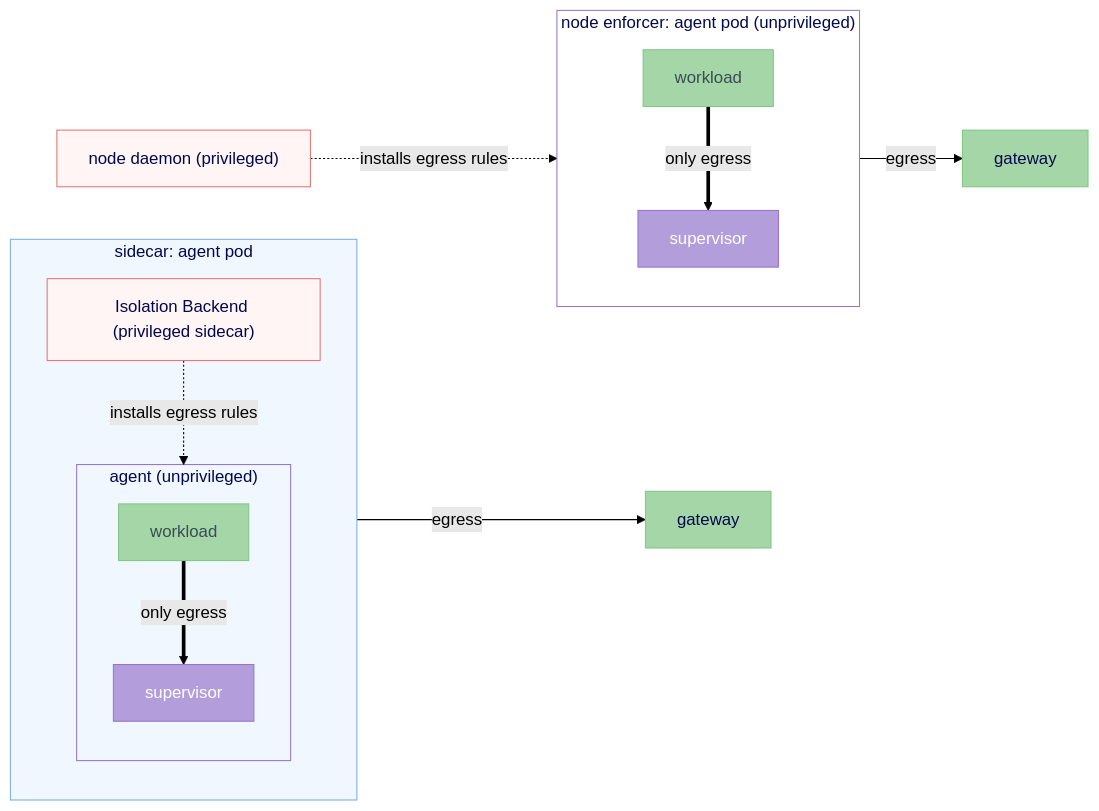
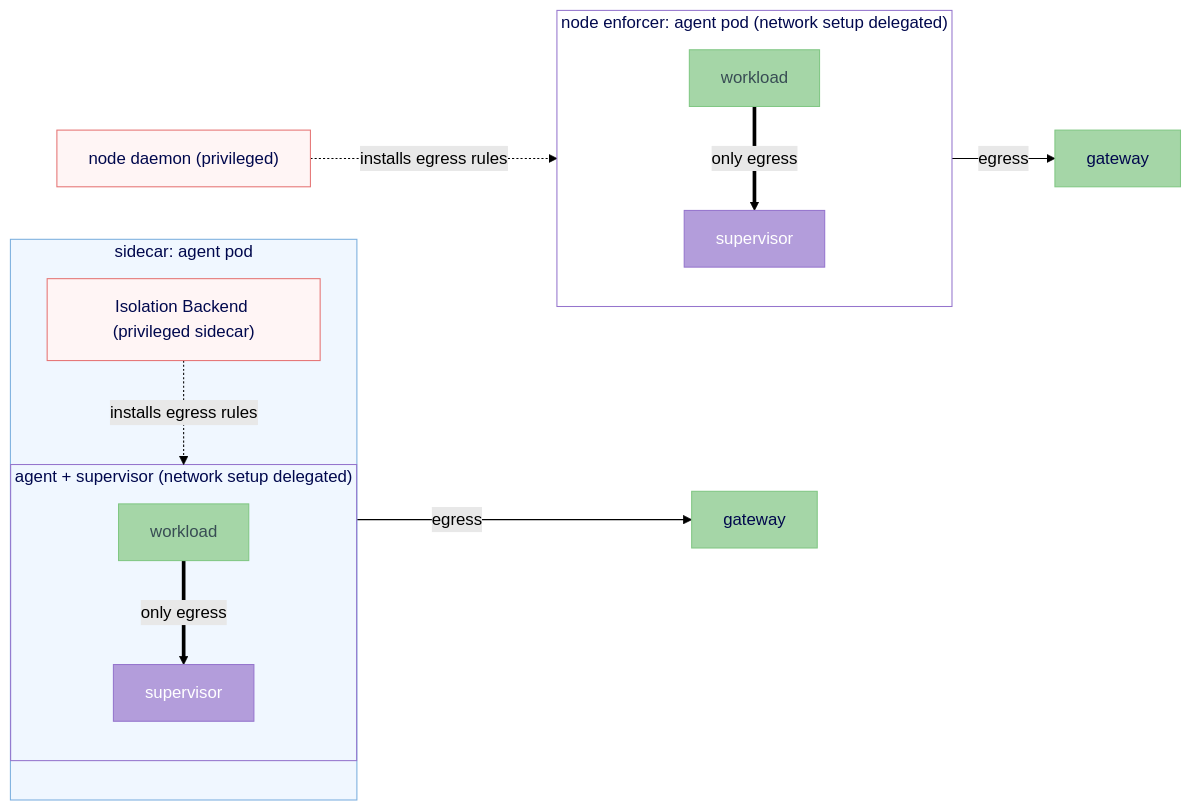
One commit to NVIDIA/OpenShell changed the diagram in rfc/0012-isolation-backend/topology-matrix.md. Above: the diagram before and after it, drawn with Mermaid (forest theme). The commit also changed other lines of this file and 2 other files, not shown here.

````diff
--- a/rfc/0012-isolation-backend/topology-matrix.md
+++ b/rfc/0012-isolation-backend/topology-matrix.md
@@ -29,36 +18,36 @@
 ```mermaid
 graph LR
     subgraph SCPod["sidecar: agent pod"]
         direction TB
         SCBackend["Isolation Backend (privileged sidecar)"]
-        subgraph SCAgent["agent (unprivileged)"]
+        subgraph SCAgent["agent + supervisor (network setup delegated)"]
             SCWork["workload"]
             SCSup["supervisor"]
         end
         SCBackend -.->|installs egress rules| SCAgent
         SCWork ==>|only egress| SCSup
     end
     SCSup -->|egress| GW1["gateway"]
 
     NodeD["node daemon (privileged)"]
-    subgraph NodePod["node enforcer: agent pod (unprivileged)"]
+    subgraph NodePod["node enforcer: agent pod (network setup delegated)"]
         direction TB
         NodeWork["workload"]
         NodeSup["supervisor"]
         NodeWork ==>|only egress| NodeSup
     end
     NodeD -.->|installs egress rules| NodePod
     NodeSup -->|egress| GW2["gateway"]
 
     style SCPod fill:#f0f7ff,stroke:#7aaede,color:#00084D
     style SCAgent fill:none,stroke:#9575cd,color:#00084D
     style SCBackend fill:#fff5f5,stroke:#e57373,color:#00084D
     style NodePod fill:none,stroke:#9575cd,color:#00084D
     style SCSup fill:#b39ddb,stroke:#9575cd,color:#fff
     style NodeSup fill:#b39ddb,stroke:#9575cd,color:#fff
     style SCWork fill:#a5d6a7,stroke:#81c784,color:#384D54
     style NodeWork fill:#a5d6a7,stroke:#81c784,color:#384D54
     style NodeD fill:#fff5f5,stroke:#e57373,color:#00084D
     style GW1 fill:#a5d6a7,stroke:#81c784,color:#00084D
     style GW2 fill:#a5d6a7,stroke:#81c784,color:#00084D
 ```
````
